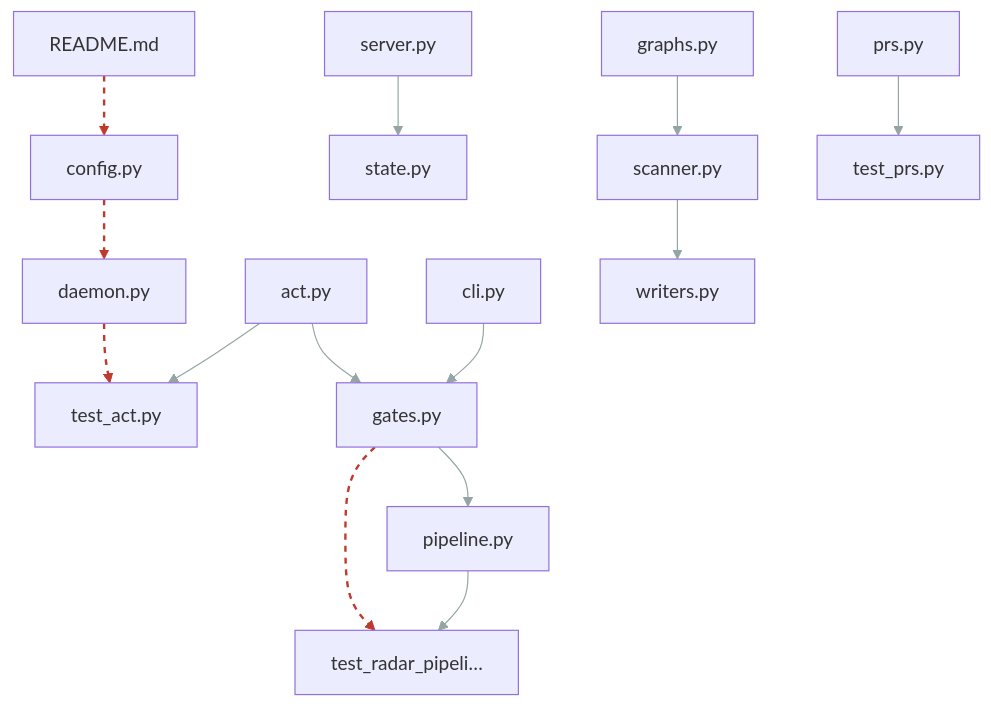
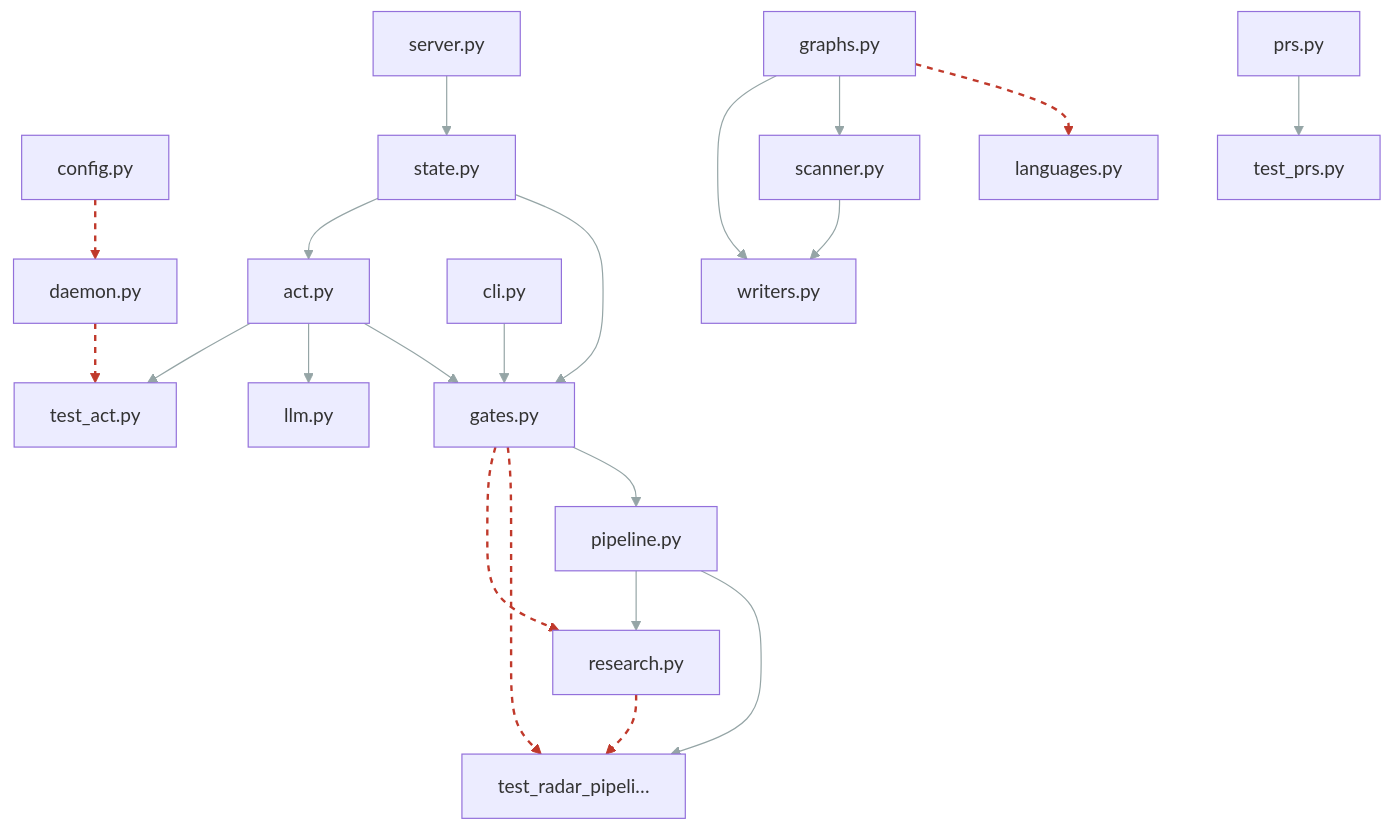
Before and after one commit to hhleroy97/repo-scan: the diagram in docs/reports/coupling.md, drawn with Mermaid. The commit also changed other lines of this file and 12 other files, not shown here.

First line of the commit message:
chore: repo-scan refresh — 145 citations, 107/144 healthy, new tickets

````diff
--- a/docs/reports/coupling.md
+++ b/docs/reports/coupling.md
@@ -8,45 +8,61 @@
 ```mermaid
 graph TD
-  README_md["README.md"]
   repo_scan_config_py["config.py"]
   repo_scan_graphs_py["graphs.py"]
   repo_scan_hub_daemon_py["daemon.py"]
   repo_scan_hub_prs_py["prs.py"]
   repo_scan_hub_server_py["server.py"]
   repo_scan_hub_state_py["state.py"]
+  repo_scan_languages_py["languages.py"]
   repo_scan_radar_act_py["act.py"]
   repo_scan_radar_cli_py["cli.py"]
   repo_scan_radar_gates_py["gates.py"]
+  repo_scan_radar_llm_py["llm.py"]
   repo_scan_radar_pipeline_py["pipeline.py"]
+  repo_scan_radar_research_py["research.py"]
   repo_scan_scanner_py["scanner.py"]
   repo_scan_writers_py["writers.py"]
   tests_test_act_py["test_act.py"]
   tests_test_prs_py["test_prs.py"]
   tests_test_radar_pipeline_py["test_radar_pipeli…"]
   repo_scan_hub_prs_py --> tests_test_prs_py
   repo_scan_radar_cli_py --> repo_scan_radar_gates_py
+  repo_scan_graphs_py --> repo_scan_languages_py
+  repo_scan_radar_pipeline_py --> tests_test_radar_pipeline_py
+  repo_scan_scanner_py --> repo_scan_writers_py
   repo_scan_hub_daemon_py --> tests_test_act_py
-  repo_scan_radar_pipeline_py --> tests_test_radar_pipeline_py
+  repo_scan_graphs_py --> repo_scan_scanner_py
+  repo_scan_config_py --> repo_scan_hub_daemon_py
+  repo_scan_radar_gates_py --> repo_scan_radar_pipeline_py
+  repo_scan_radar_gates_py --> tests_test_radar_pipeline_py
+  repo_scan_radar_pipeline_py --> repo_scan_radar_research_py
   repo_scan_hub_server_py --> repo_scan_hub_state_py
-  repo_scan_graphs_py --> repo_scan_scanner_py
-  repo_scan_scanner_py --> repo_scan_writers_py
-  repo_scan_config_py --> repo_scan_hub_daemon_py
+  repo_scan_graphs_py --> repo_scan_writers_py
+  repo_scan_radar_act_py --> repo_scan_radar_gates_py
+  repo_scan_hub_state_py --> repo_scan_radar_gates_py
+  repo_scan_radar_act_py --> repo_scan_radar_llm_py
   repo_scan_radar_act_py --> tests_test_act_py
-  repo_scan_radar_gates_py --> tests_test_radar_pipeline_py
-  README_md --> repo_scan_config_py
-  repo_scan_radar_gates_py --> repo_scan_radar_pipeline_py
-  repo_scan_radar_act_py --> repo_scan_radar_gates_py
+  repo_scan_radar_gates_py --> repo_scan_radar_research_py
+  repo_scan_radar_research_py --> tests_test_radar_pipeline_py
+  repo_scan_hub_state_py --> repo_scan_radar_act_py
 linkStyle 0 stroke:#95a5a6,stroke-width:1px
 linkStyle 1 stroke:#95a5a6,stroke-width:1px
 linkStyle 2 stroke:#c0392b,stroke-width:2px,stroke-dasharray: 5 5
 linkStyle 3 stroke:#95a5a6,stroke-width:1px
 linkStyle 4 stroke:#95a5a6,stroke-width:1px
-linkStyle 5 stroke:#95a5a6,stroke-width:1px
+linkStyle 5 stroke:#c0392b,stroke-width:2px,stroke-dasharray: 5 5
 linkStyle 6 stroke:#95a5a6,stroke-width:1px
 linkStyle 7 stroke:#c0392b,stroke-width:2px,stroke-dasharray: 5 5
 linkStyle 8 stroke:#95a5a6,stroke-width:1px
 linkStyle 9 stroke:#c0392b,stroke-width:2px,stroke-dasharray: 5 5
-linkStyle 10 stroke:#c0392b,stroke-width:2px,stroke-dasharray: 5 5
+linkStyle 10 stroke:#95a5a6,stroke-width:1px
 linkStyle 11 stroke:#95a5a6,stroke-width:1px
 linkStyle 12 stroke:#95a5a6,stroke-width:1px
+linkStyle 13 stroke:#95a5a6,stroke-width:1px
+linkStyle 14 stroke:#95a5a6,stroke-width:1px
+linkStyle 15 stroke:#95a5a6,stroke-width:1px
+linkStyle 16 stroke:#95a5a6,stroke-width:1px
+linkStyle 17 stroke:#c0392b,stroke-width:2px,stroke-dasharray: 5 5
+linkStyle 18 stroke:#c0392b,stroke-width:2px,stroke-dasharray: 5 5
+linkStyle 19 stroke:#95a5a6,stroke-width:1px
 ```
````
